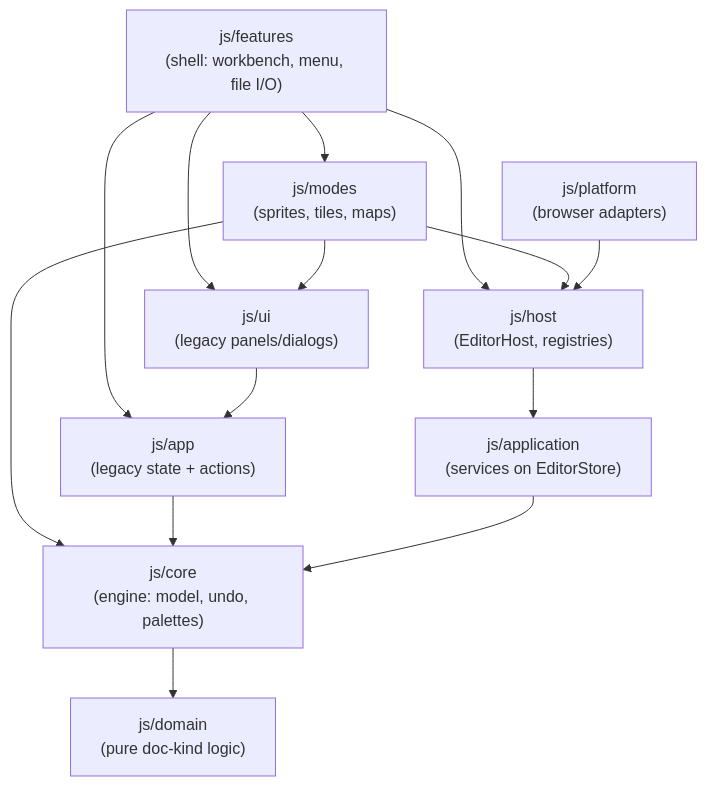
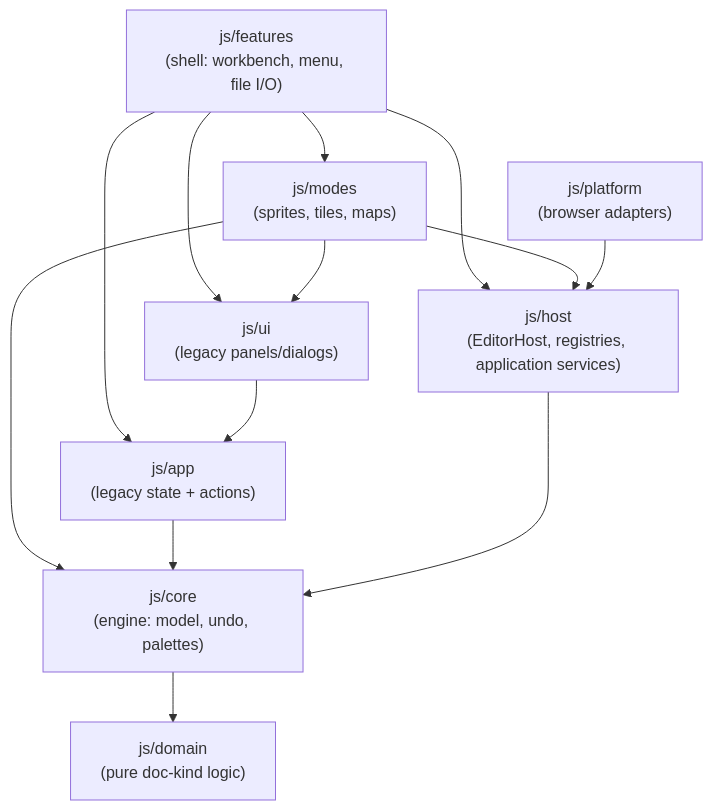
The first of 5 diagrams in docs/ARCHITECTURE.md (kiforsbe/pixelartist), drawn with Mermaid before and after one commit. The commit also changed other lines of this file and 10 other files, not shown here.

First line of the commit message:
Merge js/application into js/host (DDD Application layer consolidation)

````diff
--- a/docs/ARCHITECTURE.md
+++ b/docs/ARCHITECTURE.md
@@ -46,26 +45,24 @@
 ```mermaid
 graph TD
     UI["js/ui<br/>(legacy panels/dialogs)"]
     APP["js/app<br/>(legacy state + actions)"]
     FEATURES["js/features<br/>(shell: workbench, menu, file I/O)"]
     MODES["js/modes<br/>(sprites, tiles, maps)"]
     PLATFORM["js/platform<br/>(browser adapters)"]
-    APPLICATION["js/application<br/>(services on EditorStore)"]
-    HOST["js/host<br/>(EditorHost, registries)"]
+    HOST["js/host<br/>(EditorHost, registries, application services)"]
     CORE["js/core<br/>(engine: model, undo, palettes)"]
     DOMAIN["js/domain<br/>(pure doc-kind logic)"]
 
     FEATURES --> MODES
     FEATURES --> HOST
     FEATURES --> APP
     FEATURES --> UI
     MODES --> HOST
     MODES --> CORE
     MODES --> UI
     UI --> APP
     APP --> CORE
-    HOST --> APPLICATION
-    APPLICATION --> CORE
+    HOST --> CORE
     PLATFORM --> HOST
     CORE --> DOMAIN
 ```
````
